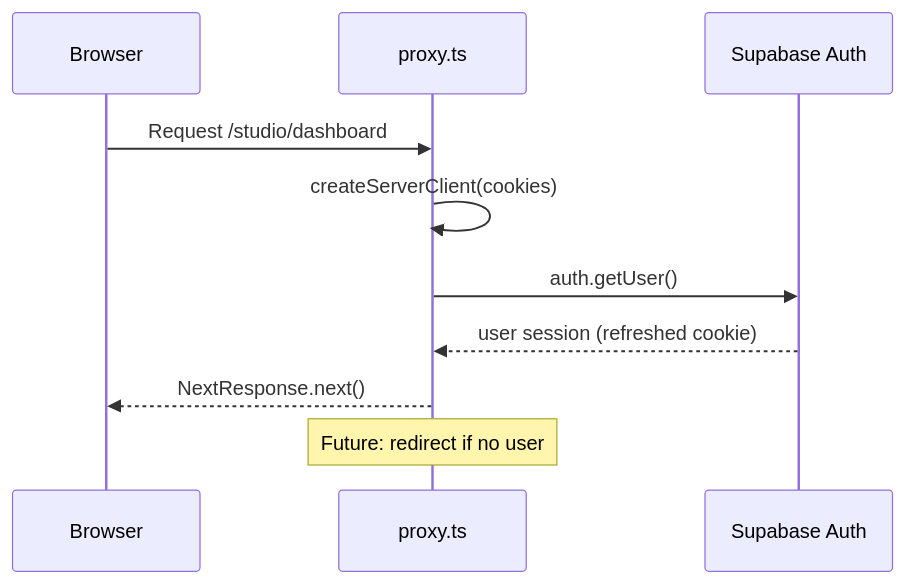
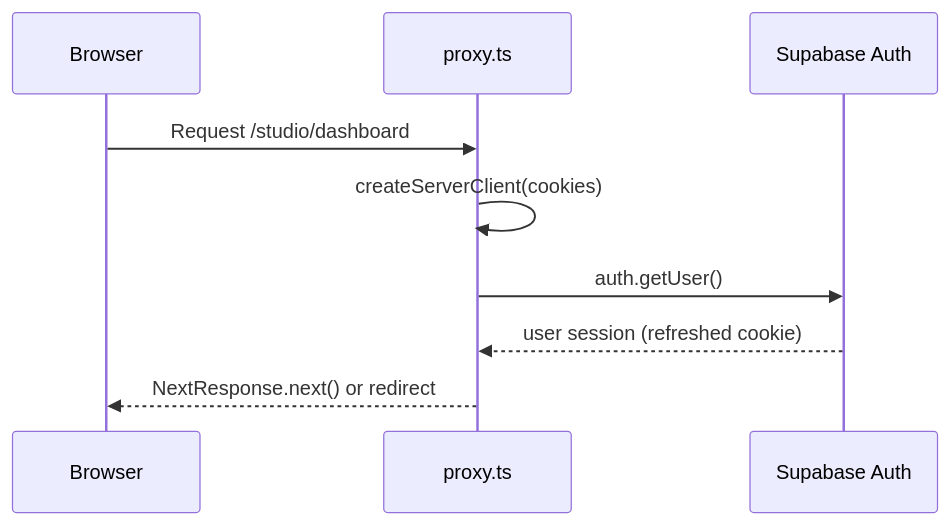
The second of 10 diagrams in docs/02_ARCHITECTURE.md (vinoslwly/celebrate-florist), drawn with Mermaid before and after one commit. The commit also changed other lines of this file and 47 other files, not shown here.

````diff
--- a/docs/02_ARCHITECTURE.md
+++ b/docs/02_ARCHITECTURE.md
@@ -162,13 +174,12 @@
 ```mermaid
 sequenceDiagram
     participant B as Browser
     participant P as proxy.ts
     participant S as Supabase Auth
 
     B->>P: Request /studio/dashboard
     P->>P: createServerClient(cookies)
     P->>S: auth.getUser()
     S-->>P: user session (refreshed cookie)
-    P-->>B: NextResponse.next()
-    Note over P: Future: redirect if no user
+    P-->>B: NextResponse.next() or redirect
 ```
````
